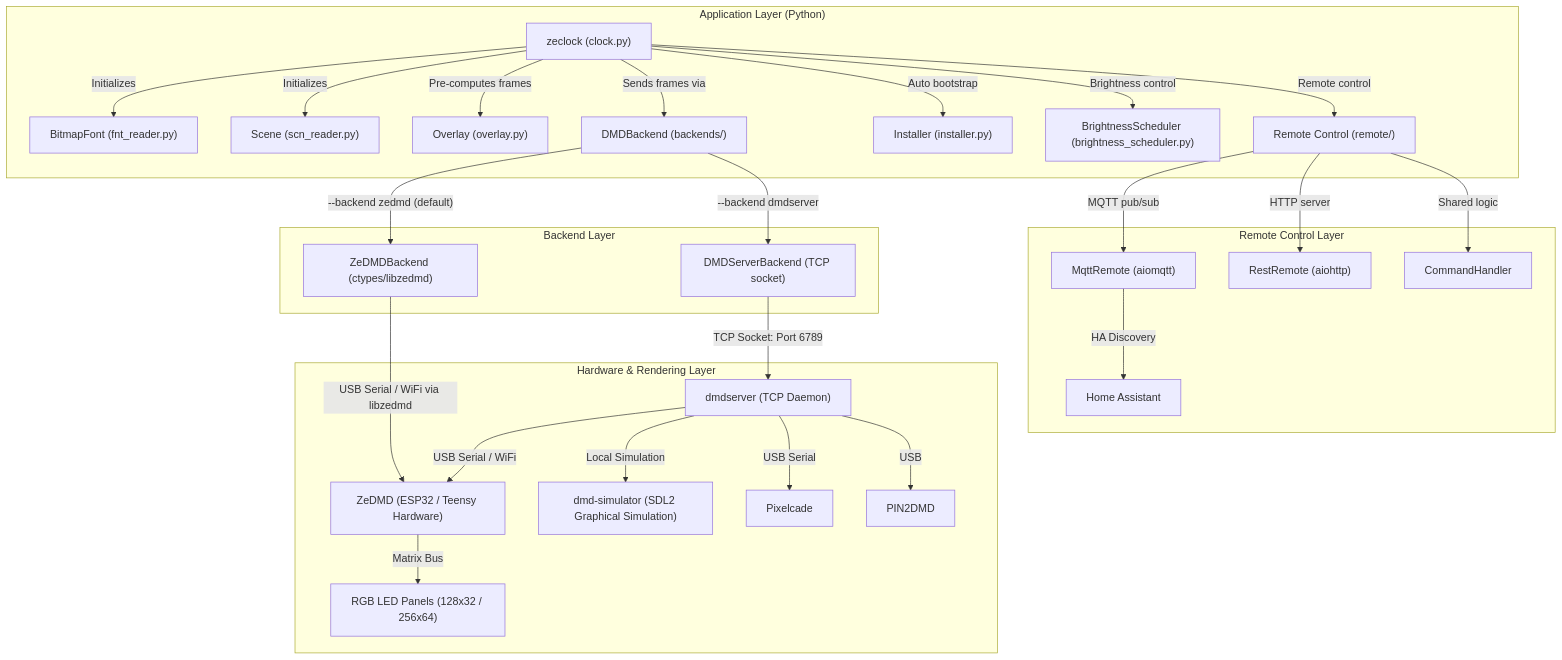
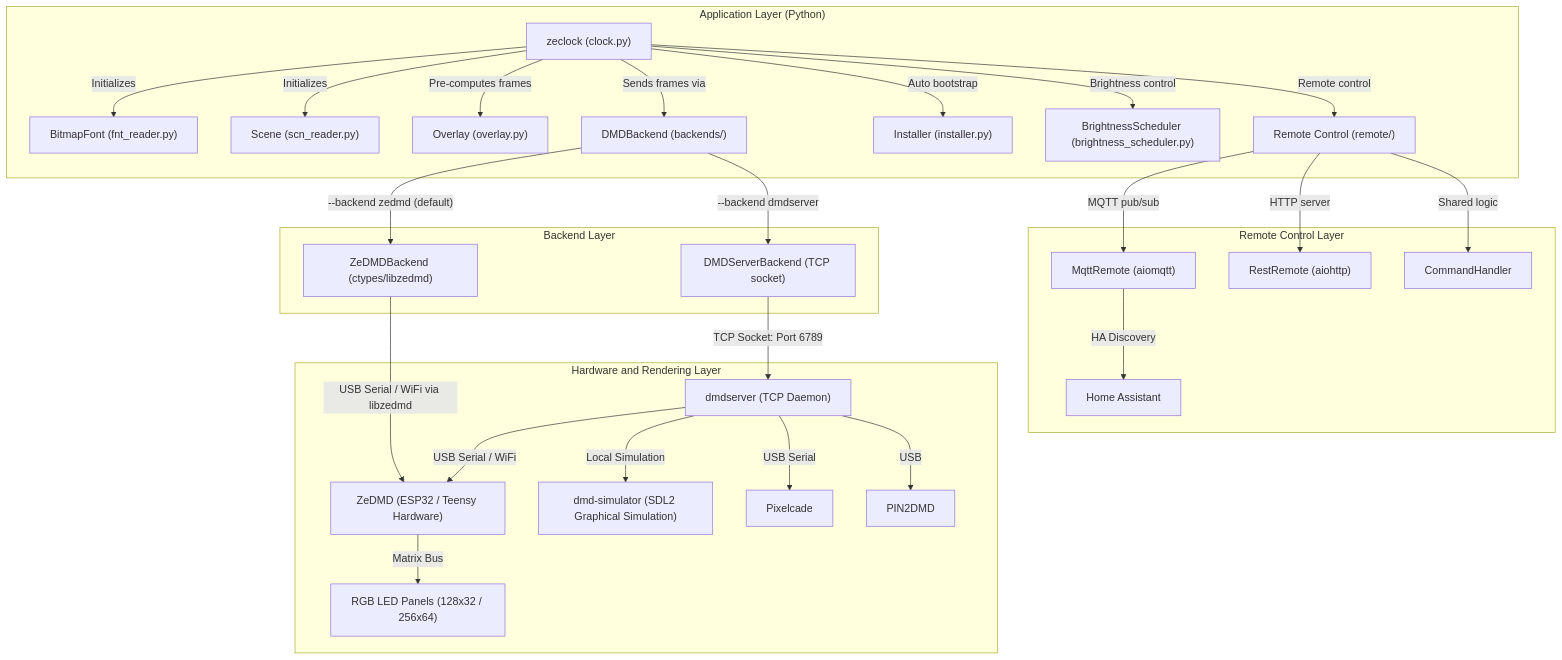
One commit to DMDTools/zeClock changed the first of 4 diagrams in docs/architecture.md. Above: the diagram before and after it, drawn with Mermaid. The commit also changed other lines of this file and 2 other files, not shown here.

First line of the commit message:
docs: fix mermaid rendering and add libdmdutil direct integration FAQ

````diff
--- a/docs/architecture.md
+++ b/docs/architecture.md
@@ -11,41 +11,41 @@
 ```mermaid
 graph TD
-    subgraph "Application Layer (Python)"
-        A["zeclock (clock.py)"] -->|Initializes| B["BitmapFont (fnt_reader.py)"]
-        A -->|Initializes| C["Scene (scn_reader.py)"]
-        A -->|Pre-computes frames| D["Overlay (overlay.py)"]
-        A -->|Sends frames via| E["DMDBackend (backends/)"]
-        A -->|Auto bootstrap| F2["Installer (installer.py)"]
-        A -->|Brightness control| BS["BrightnessScheduler (brightness_scheduler.py)"]
-        A -->|Remote control| RC["Remote Control (remote/)"]
+    subgraph "Application Layer #40;Python#41;"
+        A["zeclock #40;clock.py#41;"] -->|Initializes| B["BitmapFont #40;fnt_reader.py#41;"]
+        A -->|Initializes| C["Scene #40;scn_reader.py#41;"]
+        A -->|Pre-computes frames| D["Overlay #40;overlay.py#41;"]
+        A -->|Sends frames via| E["DMDBackend #40;backends/#41;"]
+        A -->|Auto bootstrap| F2["Installer #40;installer.py#41;"]
+        A -->|Brightness control| BS["BrightnessScheduler #40;brightness_scheduler.py#41;"]
+        A -->|Remote control| RC["Remote Control #40;remote/#41;"]
     end
 
     subgraph "Remote Control Layer"
-        RC -->|MQTT pub/sub| MQTT["MqttRemote (aiomqtt)"]
-        RC -->|HTTP server| REST["RestRemote (aiohttp)"]
+        RC -->|MQTT pub/sub| MQTT["MqttRemote #40;aiomqtt#41;"]
+        RC -->|HTTP server| REST["RestRemote #40;aiohttp#41;"]
         RC -->|Shared logic| CMD["CommandHandler"]
         MQTT -->|HA Discovery| HA["Home Assistant"]
     end
 
     subgraph "Backend Layer"
-        E -->|"--backend zedmd (default)"| E1["ZeDMDBackend (ctypes/libzedmd)"]
-        E -->|"--backend dmdserver"| E2["DMDServerBackend (TCP socket)"]
+        E -->|"#45;#45;backend zedmd #40;default#41;"| E1["ZeDMDBackend #40;ctypes/libzedmd#41;"]
+        E -->|"#45;#45;backend dmdserver"| E2["DMDServerBackend #40;TCP socket#41;"]
     end
 
-    subgraph "Hardware & Rendering Layer"
-        G["ZeDMD (ESP32 / Teensy Hardware)"]
-        H["RGB LED Panels (128x32 / 256x64)"]
-        I["dmd-simulator (SDL2 Graphical Simulation)"]
-        F["dmdserver (TCP Daemon)"]
+    subgraph "Hardware and Rendering Layer"
+        G["ZeDMD #40;ESP32 / Teensy Hardware#41;"]
+        H["RGB LED Panels #40;128x32 / 256x64#41;"]
+        I["dmd-simulator #40;SDL2 Graphical Simulation#41;"]
+        F["dmdserver #40;TCP Daemon#41;"]
         J["Pixelcade"]
         K["PIN2DMD"]
     end
 
     E1 -->|USB Serial / WiFi via libzedmd| G
     E2 -->|TCP Socket: Port 6789| F
     F -->|USB Serial / WiFi| G
     F -->|USB Serial| J
     F -->|USB| K
     G -->|Matrix Bus| H
     F -->|Local Simulation| I
 ```
````
